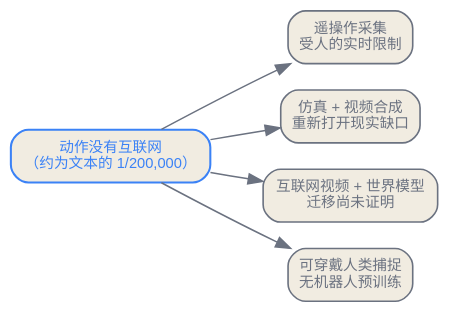
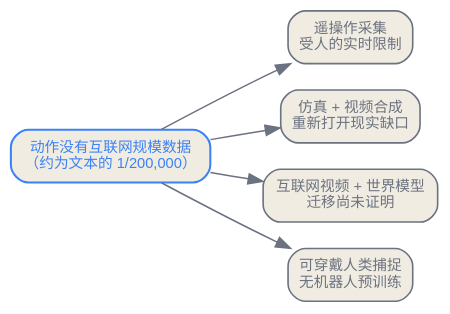
Before and after one commit to latere-ai/ai-as-an-infrastructure: the second of 2 diagrams in zh/generative/05-beyond-text.qmd, drawn with Graphviz. The commit also changed other lines of this file and 5 other files, not shown here.

````diff
--- a/zh/generative/05-beyond-text.qmd
+++ b/zh/generative/05-beyond-text.qmd
@@ -71,21 +71,21 @@
 ```{dot}
 //| label: fig-beyond-flywheel
-//| fig-cap: "制造机器人从未免费获得的动作数据飞轮的四种策略。每一种都接受同一个瓶颈，选择一种不同的补数据路线；每一种又重新打开一个不同的下游问题（现实缺口、迁移问题、人的实时）。"
+//| fig-cap: "构造机器人此前无法直接获得的动作数据循环的四种策略。每一种都接受同一个瓶颈，选择一种不同的补数据路线；每一种又重新打开一个不同的下游问题（现实缺口、迁移问题、人的实时）。"
 digraph flywheel {
   rankdir=LR;
   bgcolor="transparent";
   node [shape=box, style="rounded,filled", fontname="Helvetica", fontsize=10, color="#6b7280", fontcolor="#6b7280", fillcolor="#f1ece1", penwidth=1.1];
   edge [color="#6b7280"];
 
-  gap [label="动作没有互联网\n（约为文本的 1/200,000）", color="#3b82f6", fontcolor="#3b82f6", penwidth=1.4];
+  gap [label="动作没有互联网规模数据\n（约为文本的 1/200,000）", color="#3b82f6", fontcolor="#3b82f6", penwidth=1.4];
   teleop [label="遥操作采集\n受人的实时限制"];
   sim    [label="仿真 + 视频合成\n重新打开现实缺口"];
   video  [label="互联网视频 + 世界模型\n迁移尚未证明"];
   wear   [label="可穿戴人类捕捉\n无机器人预训练"];
 
   gap -> teleop;
   gap -> sim;
   gap -> video;
   gap -> wear;
 }
 ```
````
